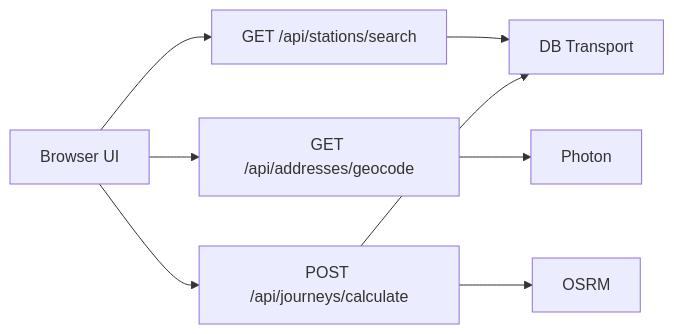
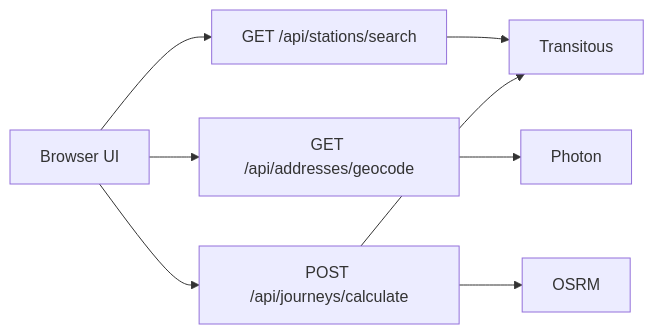
The diagram in docs/architecture.md (kommandantredundant/pendel-pilot), drawn with Mermaid before and after one commit. The commit also changed other lines of this file and 19 other files, not shown here.

First line of the commit message:
Switch public-transport timing from DB Transport to Transitous

````diff
--- a/docs/architecture.md
+++ b/docs/architecture.md
@@ -5,10 +5,10 @@
 ```mermaid
 flowchart LR
   UI[Browser UI] --> Stations[GET /api/stations/search]
   UI --> Geocode[GET /api/addresses/geocode]
   UI --> Calculate[POST /api/journeys/calculate]
-  Stations --> DB[DB Transport]
+  Stations --> Transit[Transitous]
   Geocode --> Photon[Photon]
-  Calculate --> DB
+  Calculate --> Transit
   Calculate --> OSRM[OSRM]
 ```
````
